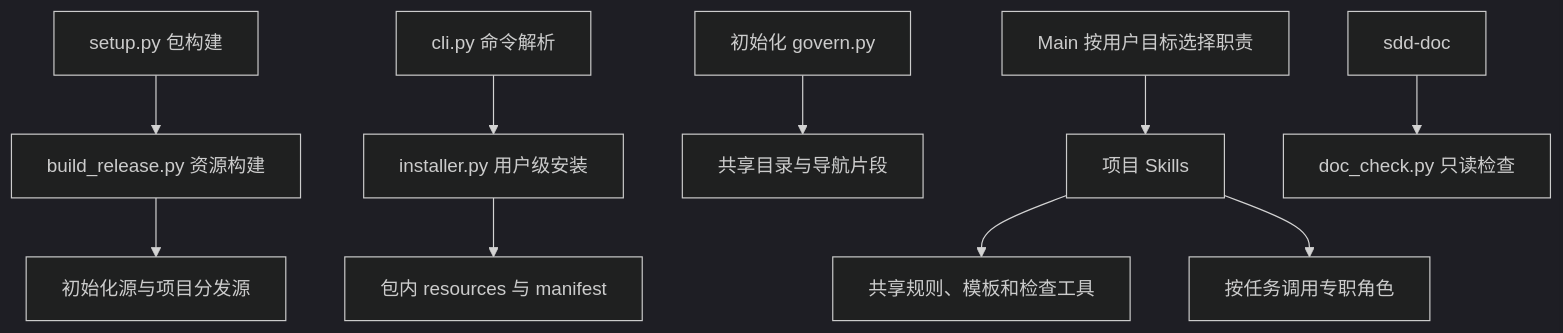
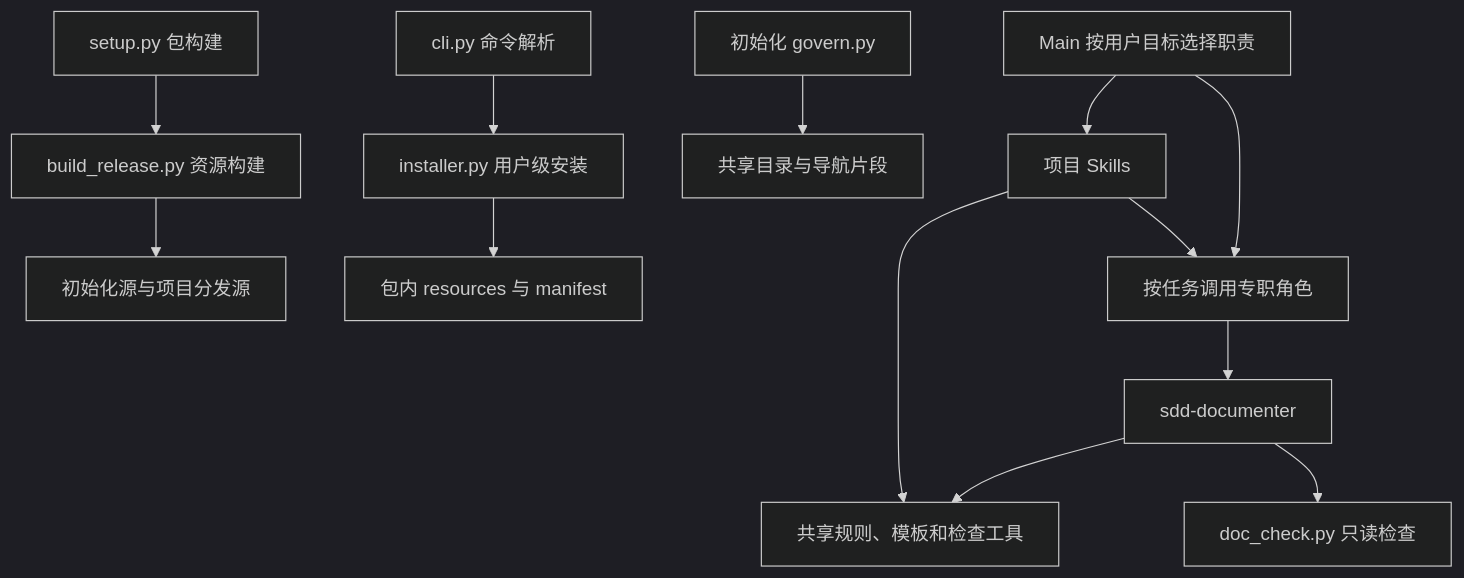
Before and after one commit to bigsmartben/sdd-init: the third of 3 diagrams in docs/blueprint.md, drawn with Mermaid (dark theme). The commit also changed other lines of this file and 40 other files, not shown here.

````diff
--- a/docs/blueprint.md
+++ b/docs/blueprint.md
@@ -119,12 +119,15 @@
 ```mermaid
 flowchart TD
   Package[setup.py 包构建] --> Build[build_release.py 资源构建]
   Build --> Sources[初始化源与项目分发源]
   CLI[cli.py 命令解析] --> Installer[installer.py 用户级安装]
   Installer --> Resources[包内 resources 与 manifest]
   Govern[初始化 govern.py] --> Bundle[共享目录与导航片段]
   Main[Main 按用户目标选择职责] --> Skills[项目 Skills]
+  Main --> Roles[按任务调用专职角色]
   Skills --> Shared[共享规则、模板和检查工具]
-  Skills --> Roles[按任务调用专职角色]
-  Doc[sdd-doc] --> Check[doc_check.py 只读检查]
+  Skills --> Roles
+  Roles --> Doc[sdd-documenter]
+  Doc --> Shared
+  Doc --> Check[doc_check.py 只读检查]
 ```
````
